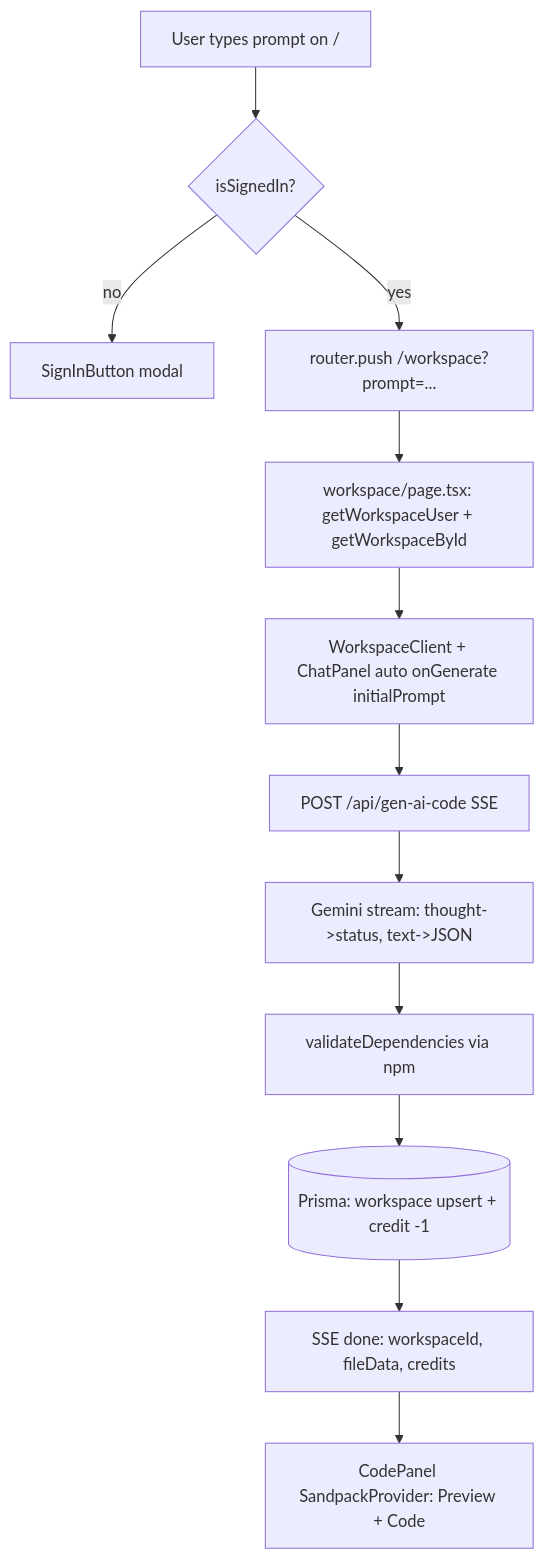
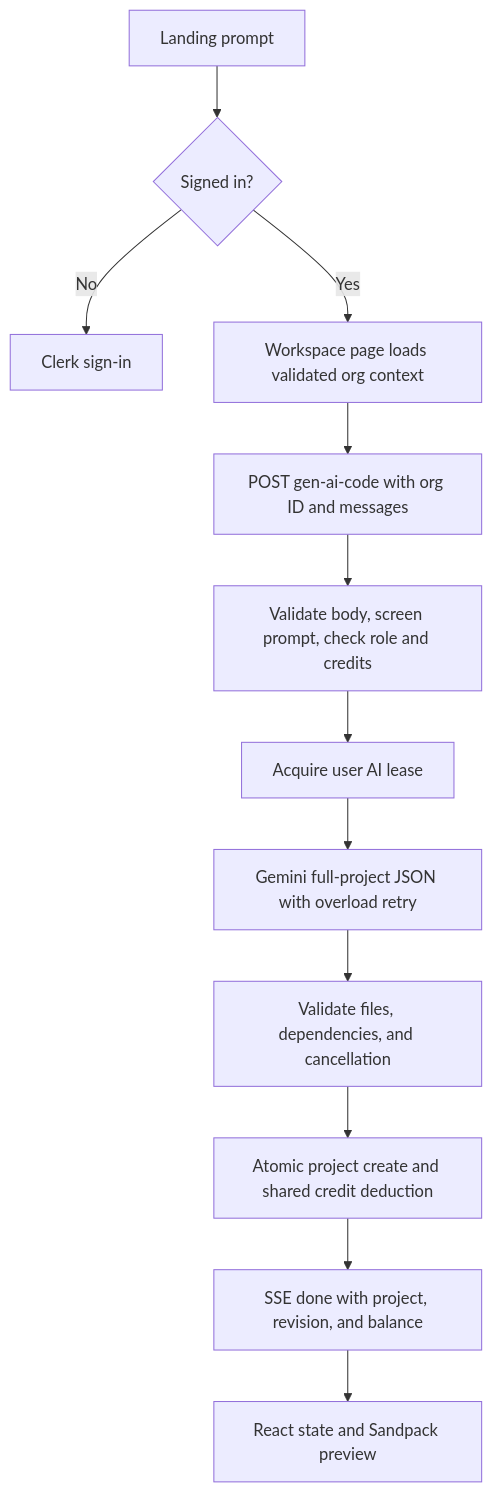
One commit to prakash8264/Drevo changed the first of 3 diagrams in docs/05-workflows.md. Above: the diagram before and after it, drawn with Mermaid. The commit also changed other lines of this file and 23 other files, not shown here.

````diff
--- a/docs/05-workflows.md
+++ b/docs/05-workflows.md
@@ -5,14 +8,14 @@
 ```mermaid
 flowchart TD
-  U[User types prompt on /] --> R{isSignedIn?}
-  R-- no --> S[SignInButton modal]
-  R-- yes --> W[router.push /workspace?prompt=...]
-  W --> P[workspace/page.tsx: getWorkspaceUser + getWorkspaceById]
-  P --> C[WorkspaceClient + ChatPanel auto onGenerate initialPrompt]
-  C --> G[POST /api/gen-ai-code SSE]
-  G --> GM[Gemini stream: thought->status, text->JSON]
-  GM --> V[validateDependencies via npm]
-  V --> DB[(Prisma: workspace upsert + credit -1)]
-  DB --> SSE2[SSE done: workspaceId, fileData, credits]
-  SSE2 --> SP[CodePanel SandpackProvider: Preview + Code]
+  Prompt[Landing prompt] --> Auth{Signed in?}
+  Auth -- No --> SignIn[Clerk sign-in]
+  Auth -- Yes --> Page[Workspace page loads validated org context]
+  Page --> Request[POST gen-ai-code with org ID and messages]
+  Request --> Guards[Validate body, screen prompt, check role and credits]
+  Guards --> Lease[Acquire user AI lease]
+  Lease --> Model[Gemini full-project JSON with overload retry]
+  Model --> Validate[Validate files, dependencies, and cancellation]
+  Validate --> Save[Atomic project create and shared credit deduction]
+  Save --> Done[SSE done with project, revision, and balance]
+  Done --> Preview[React state and Sandpack preview]
 ```
````
